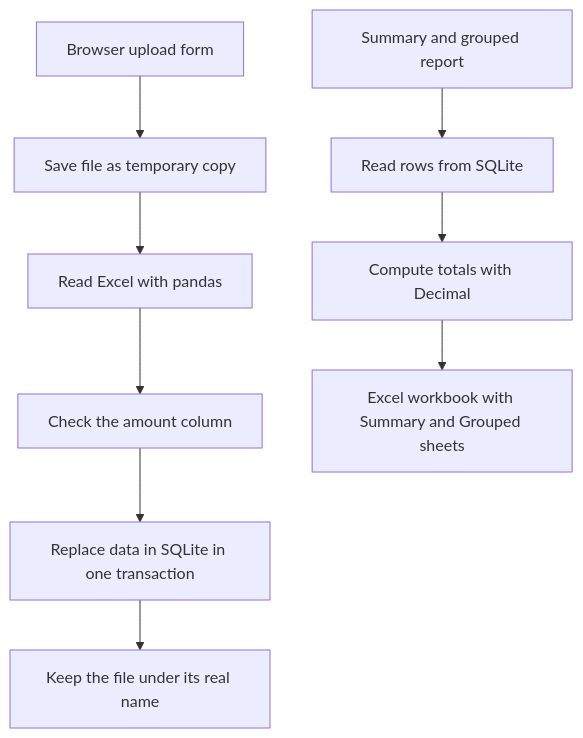
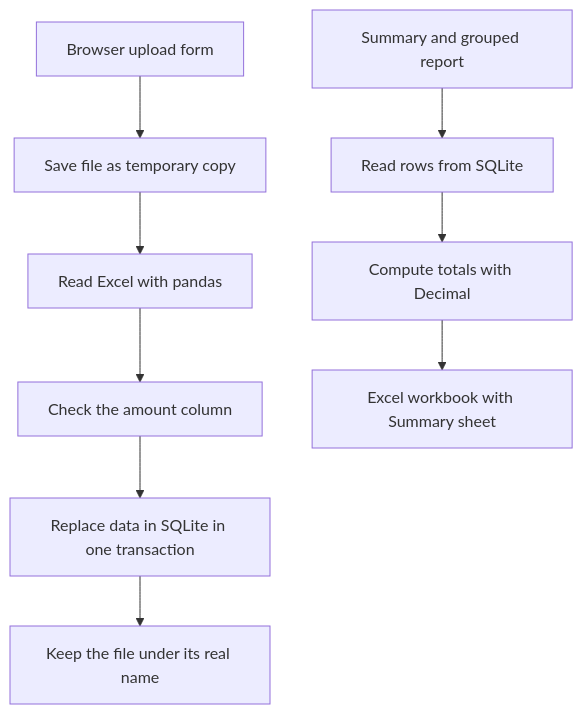
One commit to MiroslavKocian/financial-report-generator changed the diagram in README.md. Above: the diagram before and after it, drawn with Mermaid. The commit also changed other lines of this file and 7 other files, not shown here.

First line of the commit message:
Refresh sample data and simplify Excel export.

````diff
--- a/README.md
+++ b/README.md
@@ -127,11 +127,11 @@
 ```mermaid
 flowchart TD
     browser[Browser upload form] --> save[Save file as temporary copy]
     save --> read[Read Excel with pandas]
     read --> check[Check the amount column]
     check --> db[Replace data in SQLite in one transaction]
     db --> publish[Keep the file under its real name]
     summary[Summary and grouped report] --> query[Read rows from SQLite]
     query --> totals[Compute totals with Decimal]
-    totals --> export[Excel workbook with Summary and Grouped sheets]
+    totals --> export[Excel workbook with Summary sheet]
 ```
````
